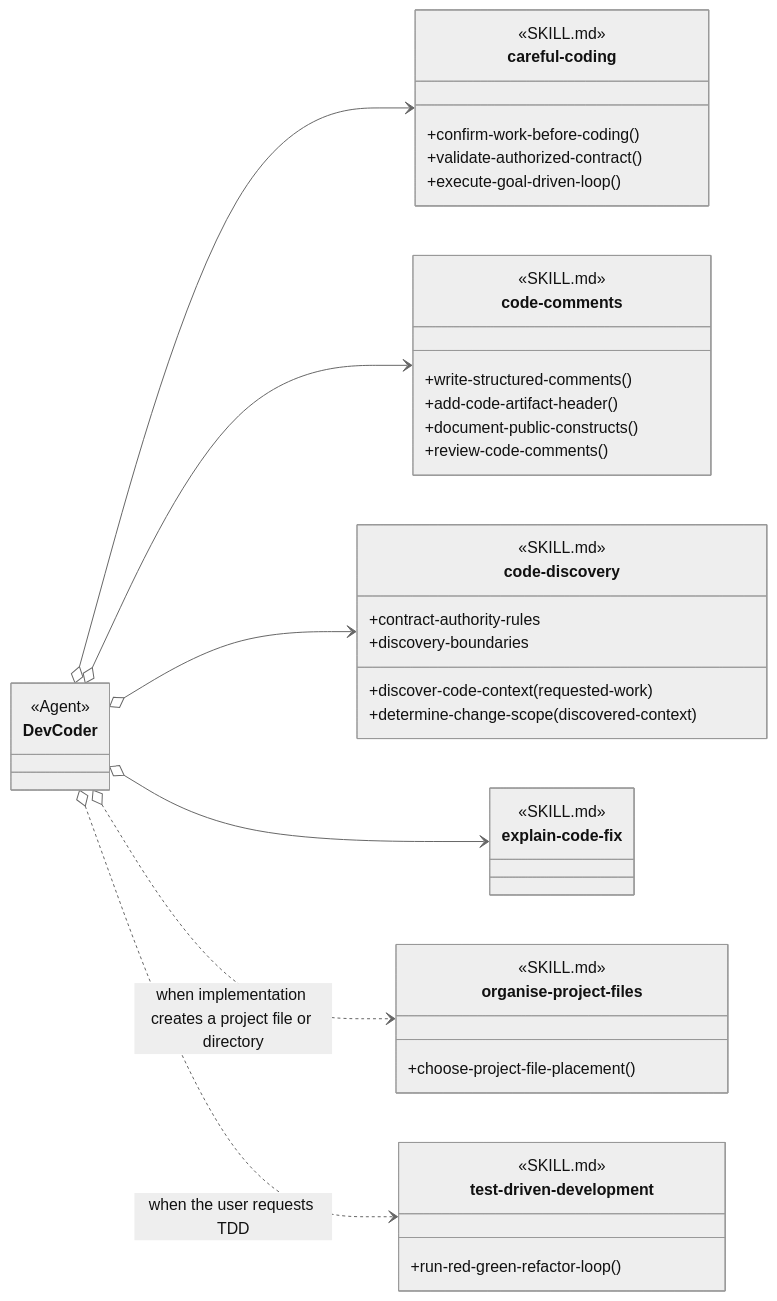
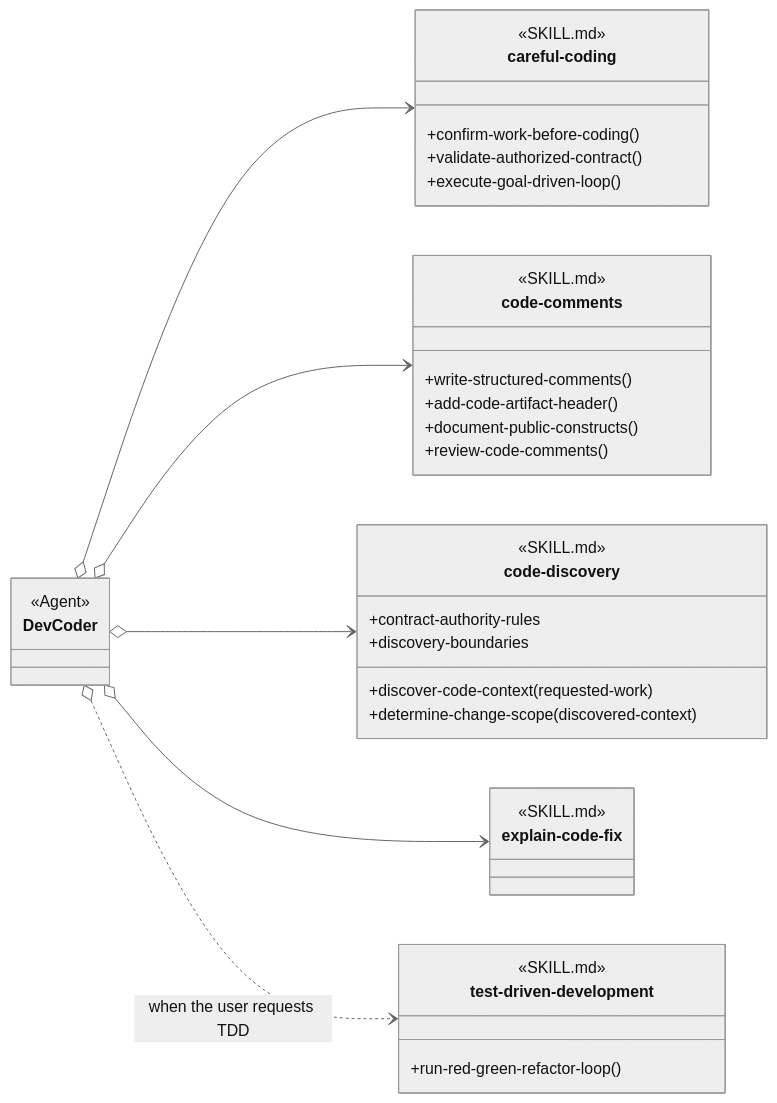
The second of 5 diagrams in design/agents/baseline-development.md (martinbechard/dev-methodology), drawn with Mermaid (neutral theme) before and after one commit. The commit also changed other lines of this file and 140 other files, not shown here.

Commit message:
Route shared Agent skills through project guidance

````diff
--- a/design/agents/baseline-development.md
+++ b/design/agents/baseline-development.md
@@ -65,58 +65,51 @@
 ```mermaid
 classDiagram
     direction LR
 
     class DevCoder {
         <<Agent>>
     }
 
     class careful-coding {
         <<SKILL.md>>
         <<Agent Skill>>
         +confirm-work-before-coding()
         +validate-authorized-contract()
         +execute-goal-driven-loop()
     }
 
     class code-comments {
         <<SKILL.md>>
         <<Agent Skill>>
         +write-structured-comments()
         +add-code-artifact-header()
         +document-public-constructs()
         +review-code-comments()
     }
 
     class code-discovery {
         <<SKILL.md>>
         <<Agent Skill>>
         +discover-code-context(requested-work)
         +determine-change-scope(discovered-context)
         +contract-authority-rules
         +discovery-boundaries
     }
 
     class explain-code-fix {
         <<SKILL.md>>
         <<Agent Skill>>
     }
 
-    class organise-project-files {
-        <<SKILL.md>>
-        <<Agent Skill>>
-        +choose-project-file-placement()
-    }
-
     class test-driven-development {
         <<SKILL.md>>
         <<Agent Skill>>
         +run-red-green-refactor-loop()
     }
 
     DevCoder o--> careful-coding
     DevCoder o--> code-comments
     DevCoder o--> code-discovery
     DevCoder o--> explain-code-fix
-    DevCoder o..> organise-project-files : when implementation creates a project file or directory
     DevCoder o..> test-driven-development : when the user requests TDD
 ```
````
